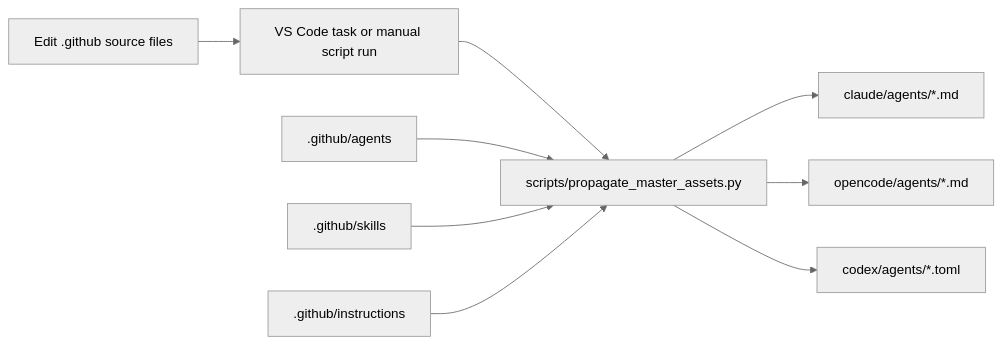
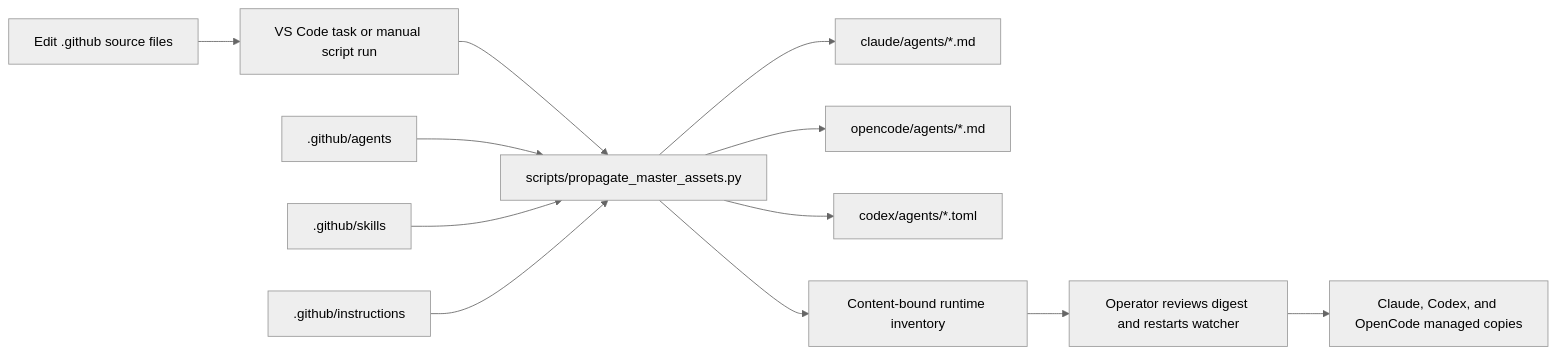
One commit to threnjen/thren-agentic-workflows changed the second of 3 diagrams in docs/ARCHITECTURE.md. Above: the diagram before and after it, drawn with Mermaid (neutral theme). The commit also changed other lines of this file and 5 other files, not shown here.

````diff
--- a/docs/ARCHITECTURE.md
+++ b/docs/ARCHITECTURE.md
@@ -52,12 +54,15 @@
 ```mermaid
 flowchart LR
     Author[Edit .github source files] --> Watcher[VS Code task or manual script run]
     Watcher --> Script[scripts/propagate_master_assets.py]
     Script --> ClaudeOut[claude/agents/*.md]
     Script --> OpenCodeOut[opencode/agents/*.md]
     Script --> CodexOut[codex/agents/*.toml]
+    Script --> Inventory[Content-bound runtime inventory]
+    Inventory --> Review[Operator reviews digest and restarts watcher]
+    Review --> ManagedCopies[Claude, Codex, and OpenCode managed copies]
 
     GHAgents[.github/agents] --> Script
     GHSkills[.github/skills] --> Script
     GHInstructions[.github/instructions] --> Script
 ```
````
